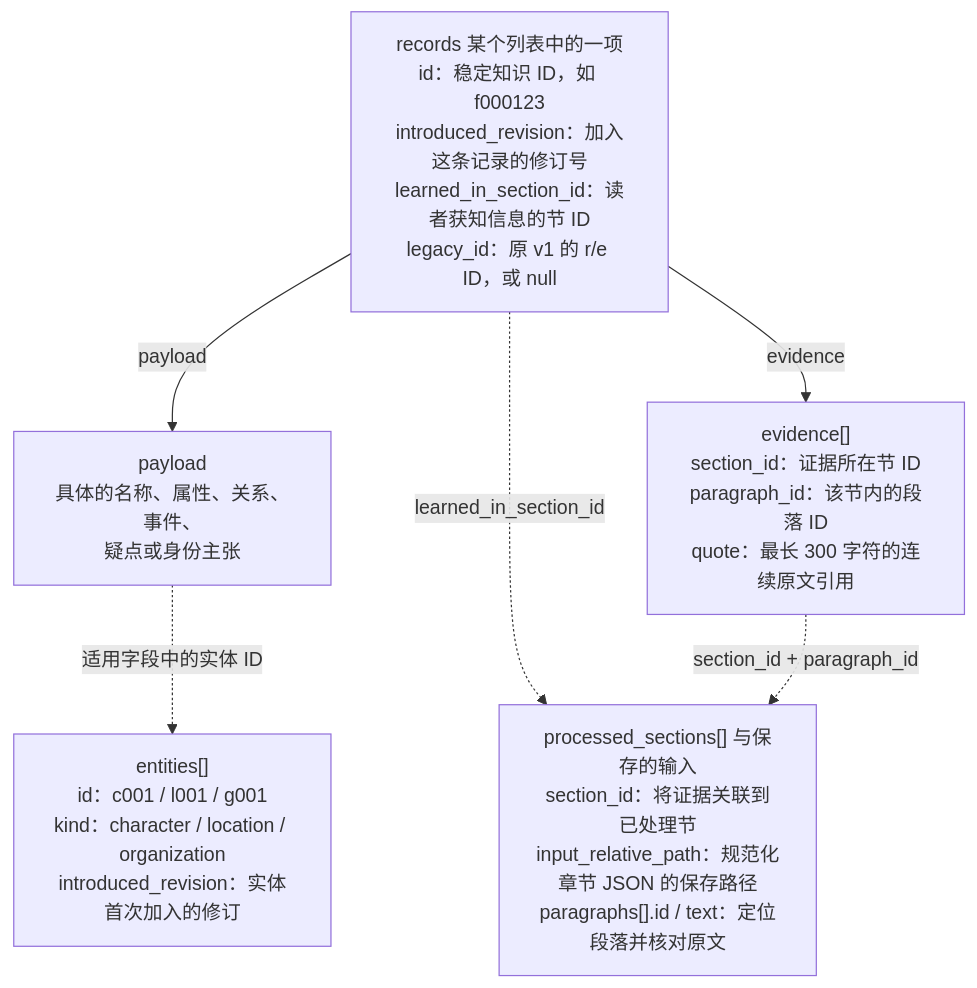
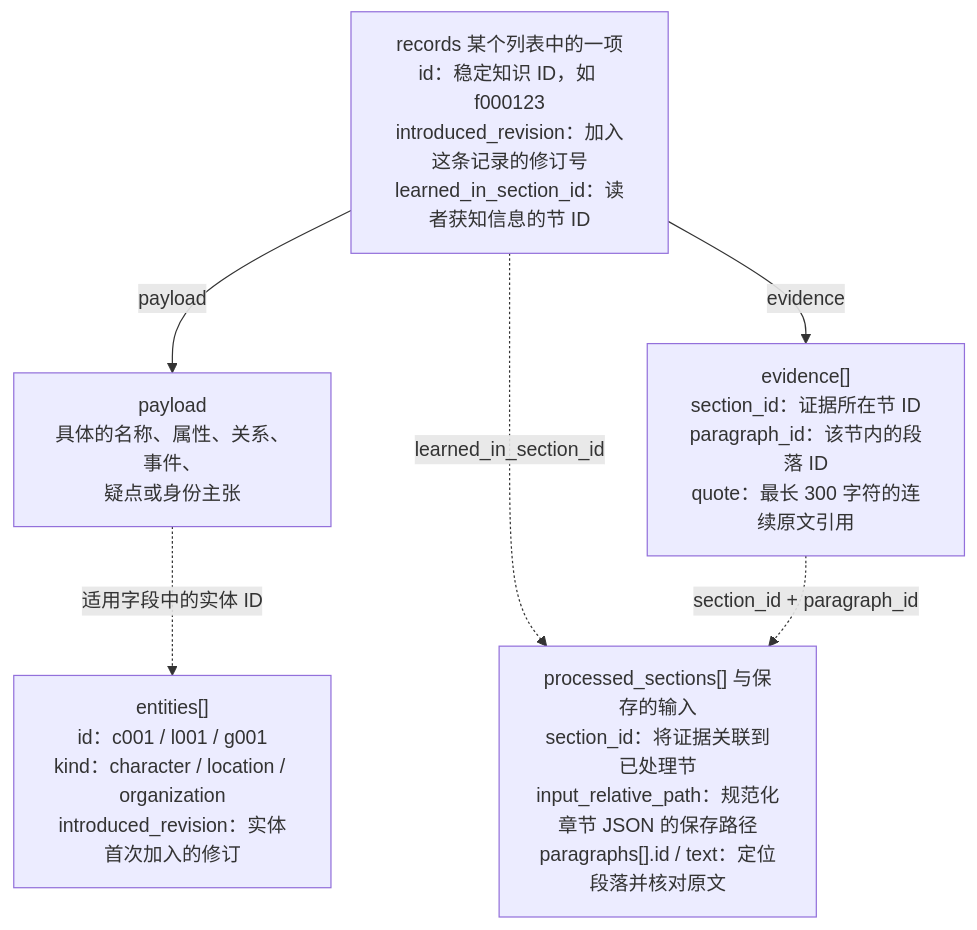
Before and after one commit to bennyxzeng/Loremark: the second of 5 diagrams in tools/story_model_lab/STORY_MODEL_FORMAT.zh-CN.md, drawn with Mermaid. The commit also changed other lines of this file and 55 other files, not shown here.

````diff
--- a/tools/story_model_lab/STORY_MODEL_FORMAT.zh-CN.md
+++ b/tools/story_model_lab/STORY_MODEL_FORMAT.zh-CN.md
@@ -109,13 +107,13 @@
 ```mermaid
 flowchart TB
-    RECORD["records 某个列表中的一项<br/>id：稳定知识 ID，如 f000123<br/>introduced_revision：加入这条记录的修订号<br/>learned_in_section_id：读者获知信息的节 ID<br/>legacy_id：原 v1 的 r/e ID，或 null"]
+    RECORD["records 某个列表中的一项<br/>id：稳定知识 ID，如 f000123<br/>introduced_revision：加入这条记录的修订号<br/>learned_in_section_id：读者获知信息的节 ID"]
     PAYLOAD["payload<br/>具体的名称、属性、关系、事件、<br/>疑点或身份主张"]
     EVIDENCE["evidence[]<br/>section_id：证据所在节 ID<br/>paragraph_id：该节内的段落 ID<br/>quote：最长 300 字符的连续原文引用"]
     ENTITY["entities[]<br/>id：c001 / l001 / g001<br/>kind：character / location / organization<br/>introduced_revision：实体首次加入的修订"]
     SECTION["processed_sections[] 与保存的输入<br/>section_id：将证据关联到已处理节<br/>input_relative_path：规范化章节 JSON 的保存路径<br/>paragraphs[].id / text：定位段落并核对原文"]
     RECORD -->|payload| PAYLOAD
     RECORD -->|evidence| EVIDENCE
     PAYLOAD -.->|适用字段中的实体 ID| ENTITY
     RECORD -.->|learned_in_section_id| SECTION
     EVIDENCE -.->|section_id + paragraph_id| SECTION
 ```
````
